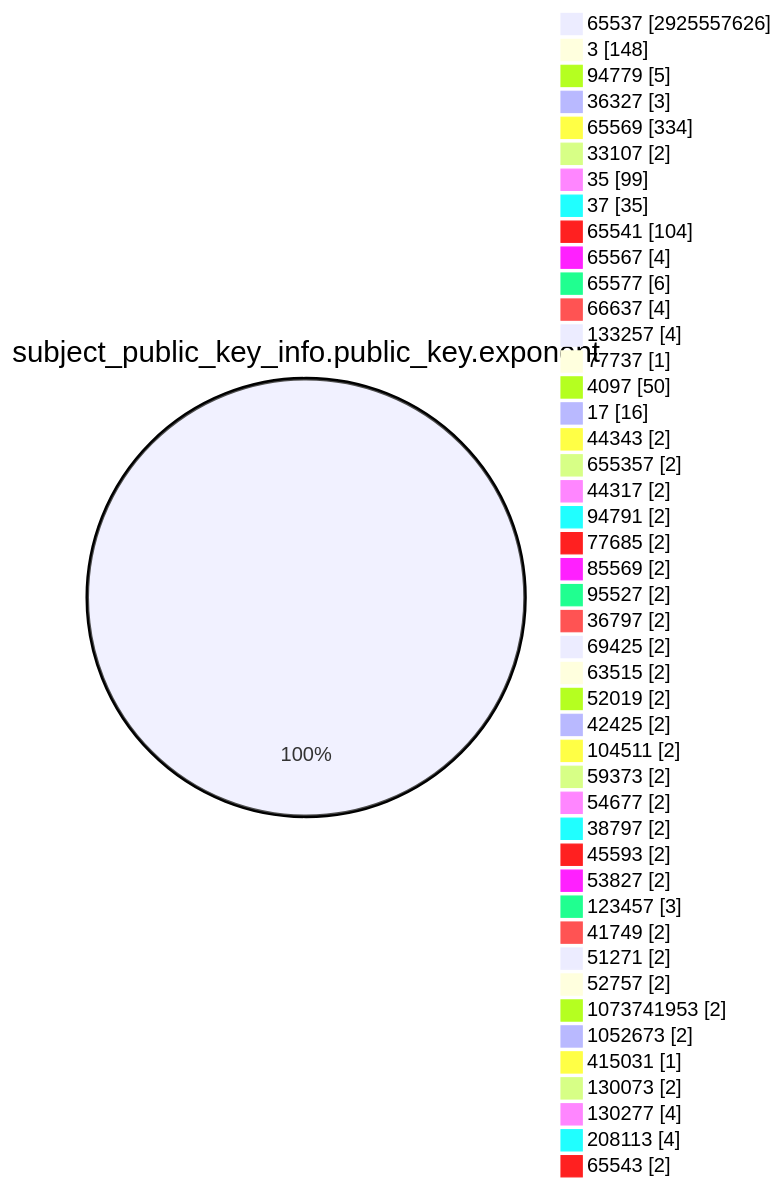
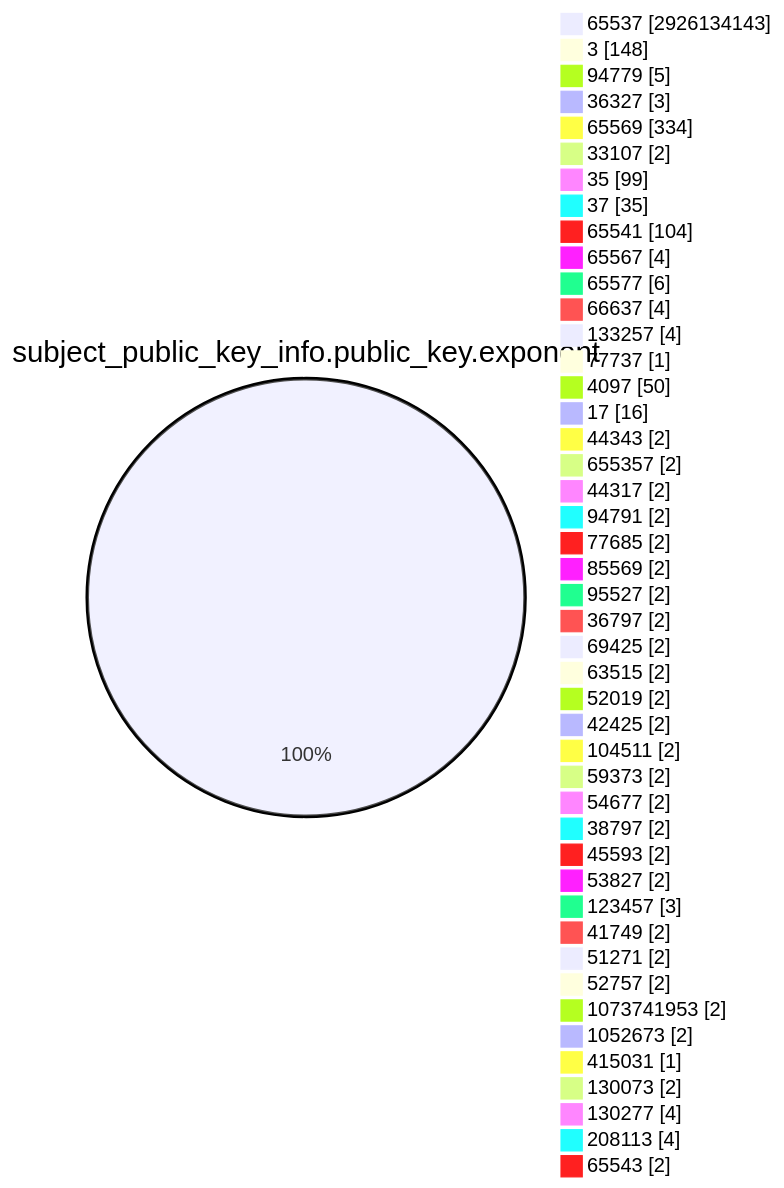
Before and after one commit to christiankrug/ctmonitor_visualization: the fourth of 15 diagrams in TOTAL/README.md, drawn with Mermaid. The commit also changed other lines of this file, not shown here.

````diff
--- a/TOTAL/README.md
+++ b/TOTAL/README.md
@@ -1469,49 +1469,49 @@
 ```mermaid
 pie showData
 title subject_public_key_info.public_key.exponent
-"65537" :2925557626
+"65537" :2926134143
 "3" :148
 "94779" :5
 "36327" :3
 "65569" :334
 "33107" :2
 "35" :99
 "37" :35
 "65541" :104
 "65567" :4
 "65577" :6
 "66637" :4
 "133257" :4
 "77737" :1
 "4097" :50
 "17" :16
 "44343" :2
 "655357" :2
 "44317" :2
 "94791" :2
 "77685" :2
 "85569" :2
 "95527" :2
 "36797" :2
 "69425" :2
 "63515" :2
 "52019" :2
 "42425" :2
 "104511" :2
 "59373" :2
 "54677" :2
 "38797" :2
 "45593" :2
 "53827" :2
 "123457" :3
 "41749" :2
 "51271" :2
 "52757" :2
 "1073741953" :2
 "1052673" :2
 "415031" :1
 "130073" :2
 "130277" :4
 "208113" :4
 "65543" :2
 ```
````
